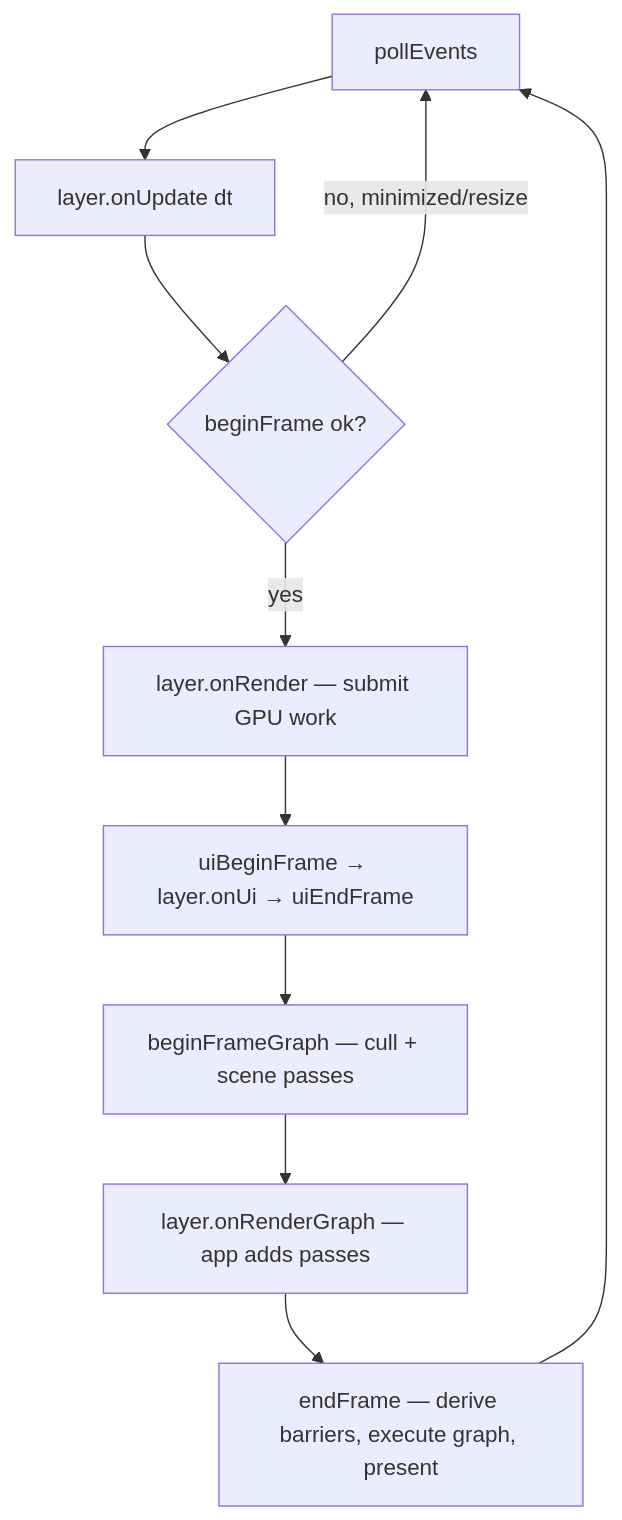
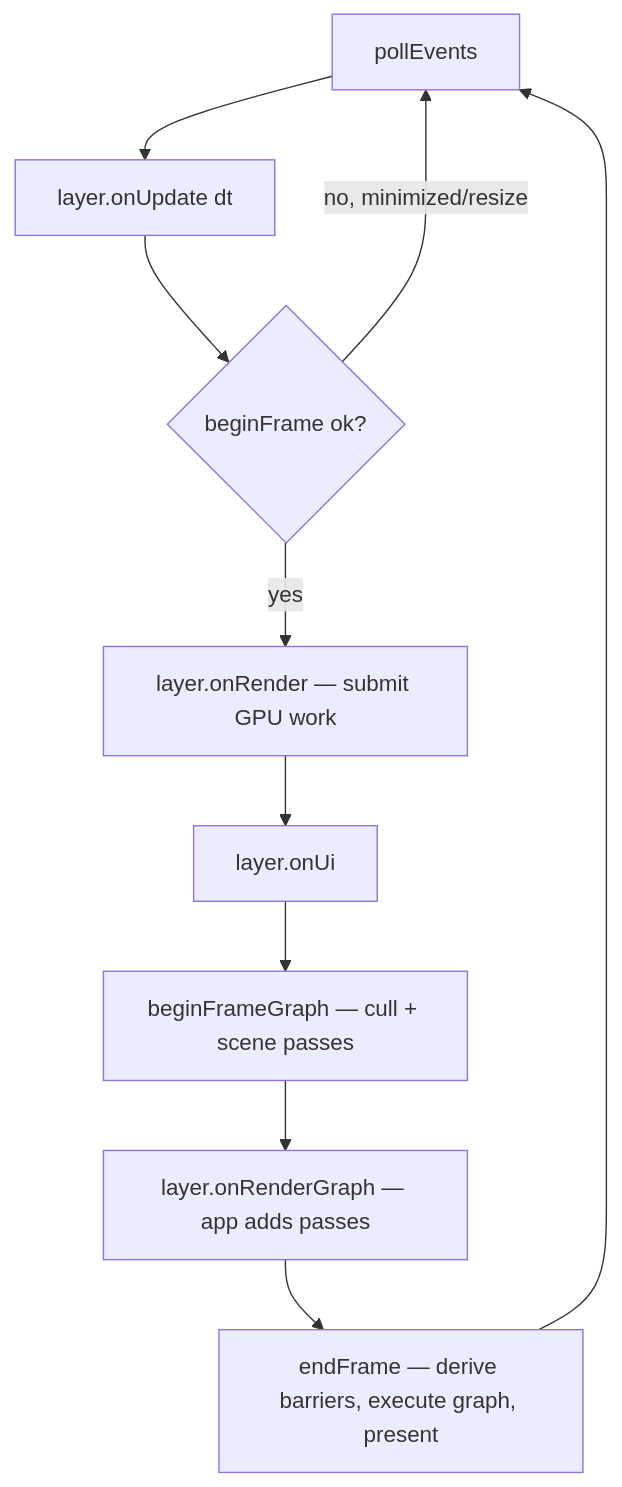
The first of 2 diagrams in docs/content/overview.md (saffronjam/saffron-engine), drawn with Mermaid before and after one commit. The commit also changed other lines of this file and 4 other files, not shown here.

First line of the commit message:
docs(architecture): drop Saffron.Ui from the module DAG

````diff
--- a/docs/content/overview.md
+++ b/docs/content/overview.md
@@ -31,12 +31,12 @@
 ```mermaid
 flowchart TD
     A[pollEvents] --> B[layer.onUpdate dt]
     B --> C{beginFrame ok?}
     C -- no, minimized/resize --> A
     C -- yes --> D[layer.onRender — submit GPU work]
-    D --> E[uiBeginFrame → layer.onUi → uiEndFrame]
+    D --> E[layer.onUi]
     E --> F[beginFrameGraph — cull + scene passes]
     F --> G[layer.onRenderGraph — app adds passes]
     G --> H[endFrame — derive barriers, execute graph, present]
     H --> A
 ```
````
